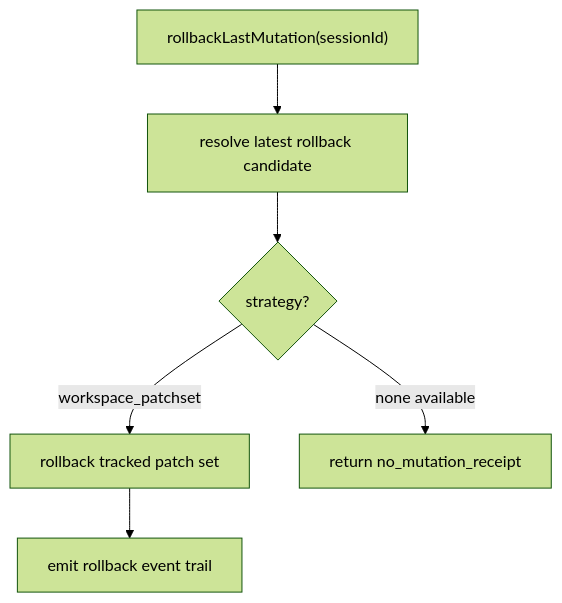
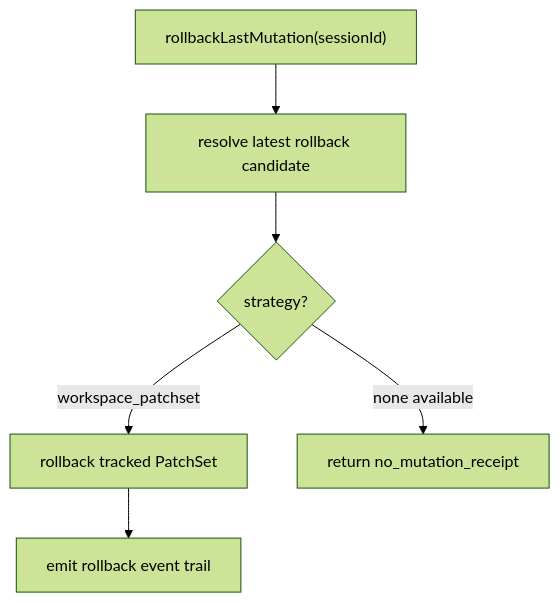
Before and after one commit to arcthur/brewva: the ninth of 9 diagrams in docs/architecture/control-and-data-flow.md, drawn with Mermaid (forest theme). The commit also changed 45 other files, not shown here.

````diff
--- a/docs/architecture/control-and-data-flow.md
+++ b/docs/architecture/control-and-data-flow.md
@@ -141,8 +141,8 @@
 ```mermaid
 flowchart TD
   A["rollbackLastMutation(sessionId)"] --> B["resolve latest rollback candidate"]
   B --> C{"strategy?"}
-  C -->|workspace_patchset| D["rollback tracked patch set"]
+  C -->|workspace_patchset| D["rollback tracked PatchSet"]
   C -->|none available| E["return no_mutation_receipt"]
   D --> F["emit rollback event trail"]
 ```
````
